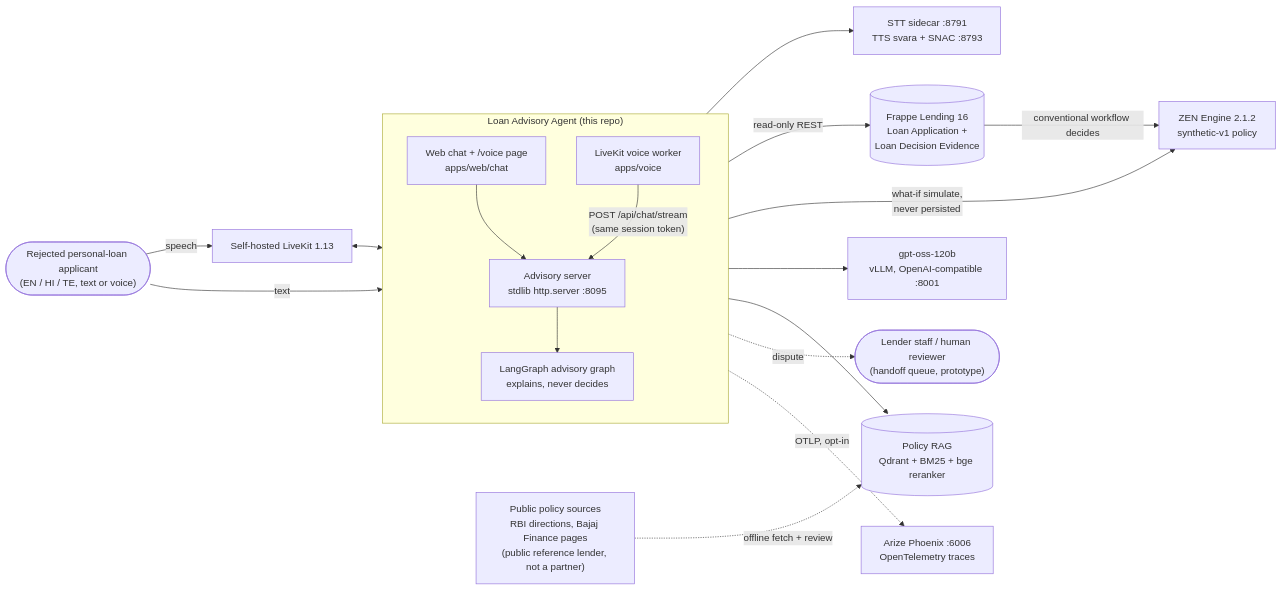
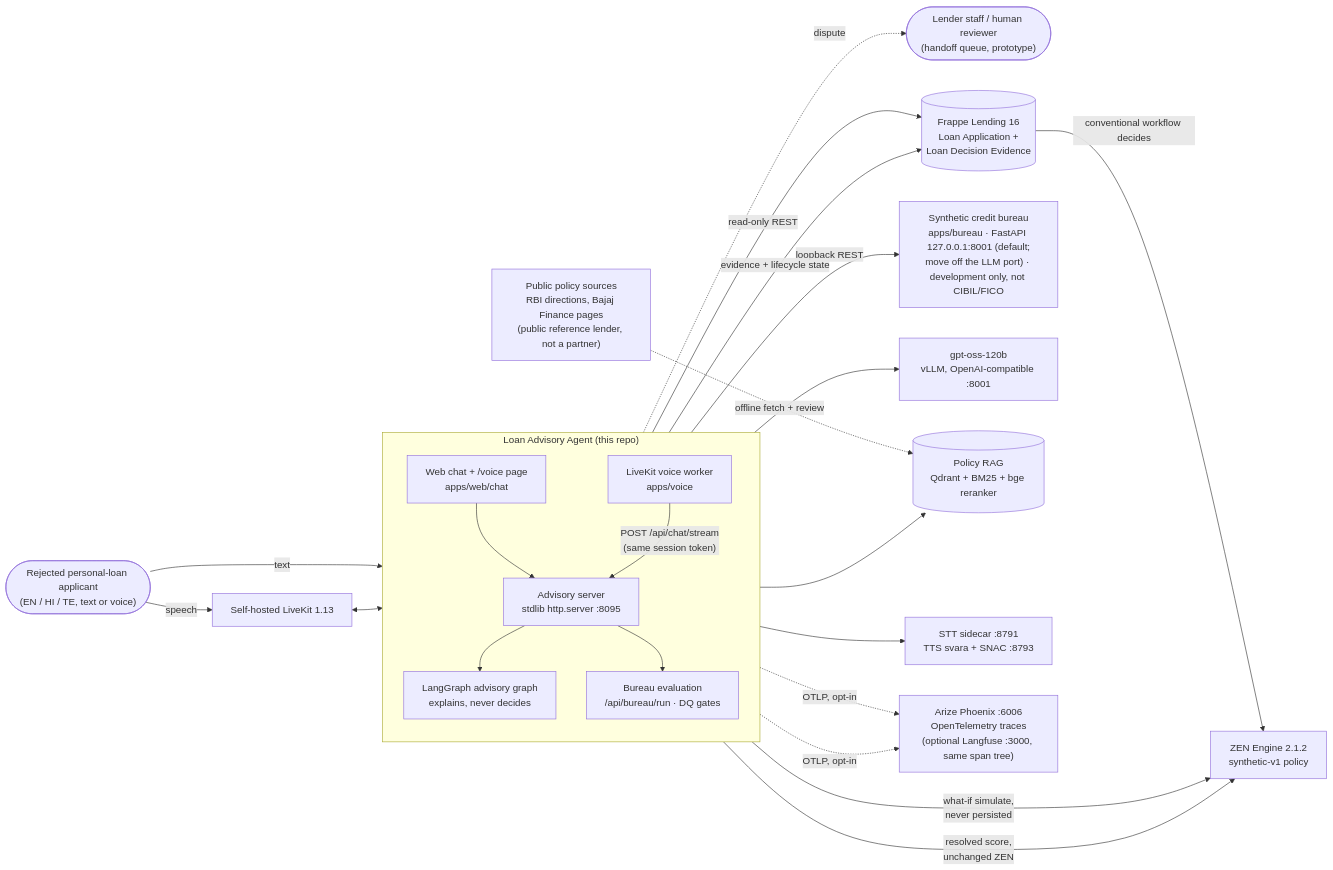
The diagram in docs/architecture/diagrams/01-system-context.mmd (Narendarcodes/Load-Advisory-Agent), drawn with Mermaid before and after one commit. The commit also changed 12 other files, not shown here.

```diff
--- a/docs/architecture/diagrams/01-system-context.mmd
+++ b/docs/architecture/diagrams/01-system-context.mmd
@@ -1,37 +1,44 @@
 %% System context: who and what the Loan Advisory Agent talks to (all self-hosted, 127.0.0.1-bound on the droplet)
 flowchart LR
     applicant(["Rejected personal-loan applicant<br/>(EN / HI / TE, text or voice)"])
     officer(["Lender staff / human reviewer<br/>(handoff queue, prototype)"])
 
     subgraph LAA["Loan Advisory Agent (this repo)"]
         direction TB
         ui["Web chat + /voice page<br/>apps/web/chat"]
         api["Advisory server<br/>stdlib http.server :8095"]
         agraph["LangGraph advisory graph<br/>explains, never decides"]
+        beval["Bureau evaluation<br/>/api/bureau/run · DQ gates"]
         voice["LiveKit voice worker<br/>apps/voice"]
     end
 
     frappe[("Frappe Lending 16<br/>Loan Application +<br/>Loan Decision Evidence")]
     zen["ZEN Engine 2.1.2<br/>synthetic-v1 policy"]
+    bureau["Synthetic credit bureau<br/>apps/bureau · FastAPI 127.0.0.1:8001 (default;<br/>move off the LLM port) · development only, not CIBIL/FICO"]
     llm["gpt-oss-120b<br/>vLLM, OpenAI-compatible :8001"]
     rag[("Policy RAG<br/>Qdrant + BM25 + bge reranker")]
     lk["Self-hosted LiveKit 1.13"]
     speech["STT sidecar :8791<br/>TTS svara + SNAC :8793"]
-    phoenix["Arize Phoenix :6006<br/>OpenTelemetry traces"]
+    phoenix["Arize Phoenix :6006<br/>OpenTelemetry traces<br/>(optional Langfuse :3000, same span tree)"]
     sources["Public policy sources<br/>RBI directions, Bajaj Finance pages<br/>(public reference lender, not a partner)"]
 
     applicant -->|text| ui
     applicant -->|speech| lk
     ui --> api
     lk <--> voice
     voice --> speech
     voice -->|"POST /api/chat/stream<br/>(same session token)"| api
     api --> agraph
+    api --> beval
+    beval -->|"loopback REST"| bureau
     agraph -->|read-only REST| frappe
-    agraph -->|what-if simulate,<br/>never persisted| zen
+    agraph -->|"what-if simulate,<br/>never persisted"| zen
+    beval -->|"resolved score,<br/>unchanged ZEN"| zen
+    beval -->|"evidence + lifecycle state"| frappe
     agraph --> llm
     agraph --> rag
     agraph -.->|dispute| officer
-    agraph -.->|OTLP, opt-in| phoenix
+    agraph -.->|"OTLP, opt-in"| phoenix
+    beval -.->|"OTLP, opt-in"| phoenix
     sources -.->|offline fetch + review| rag
     frappe -->|conventional workflow decides| zen
```
